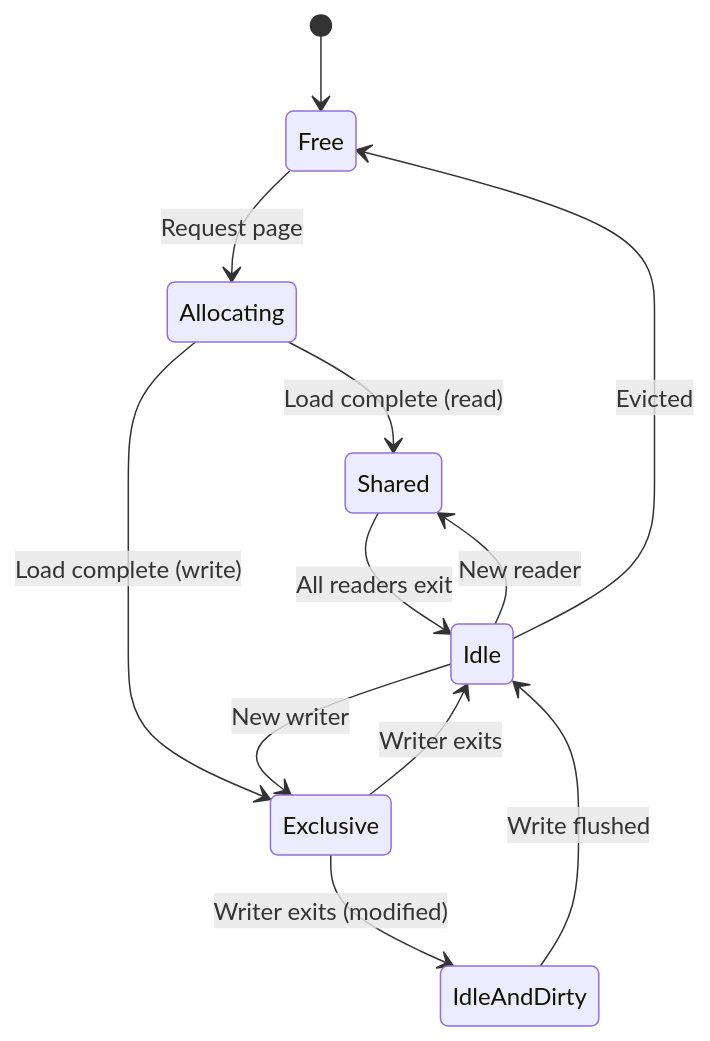
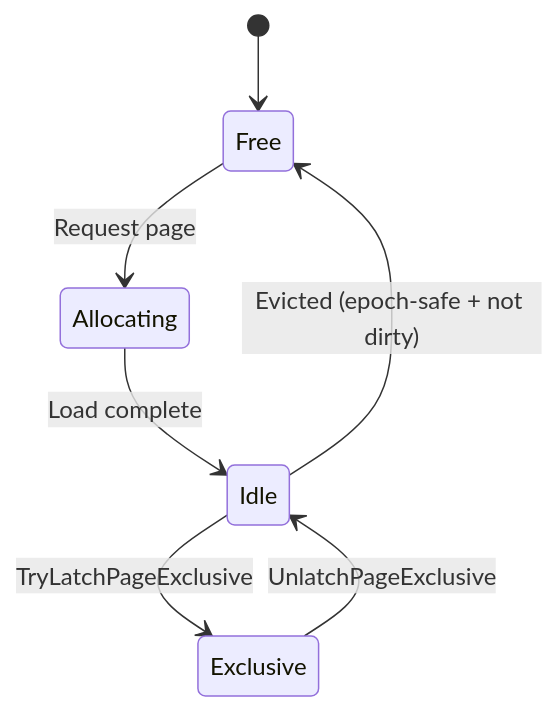
The diagram in claude/overview/03-storage.md (nockawa/Typhon), drawn with Mermaid before and after one commit. The commit also changed other lines of this file and 56 other files, not shown here.

````diff
--- a/claude/overview/03-storage.md
+++ b/claude/overview/03-storage.md
@@ -128,14 +129,9 @@
 ```mermaid
 stateDiagram-v2
     [*] --> Free
     Free --> Allocating: Request page
-    Allocating --> Shared: Load complete (read)
-    Allocating --> Exclusive: Load complete (write)
-    Shared --> Idle: All readers exit
-    Exclusive --> Idle: Writer exits
-    Exclusive --> IdleAndDirty: Writer exits (modified)
-    Idle --> Shared: New reader
-    Idle --> Exclusive: New writer
-    IdleAndDirty --> Idle: Write flushed
-    Idle --> Free: Evicted
+    Allocating --> Idle: Load complete
+    Idle --> Exclusive: TryLatchPageExclusive
+    Exclusive --> Idle: UnlatchPageExclusive
+    Idle --> Free: Evicted (epoch-safe + not dirty)
 ```
````
